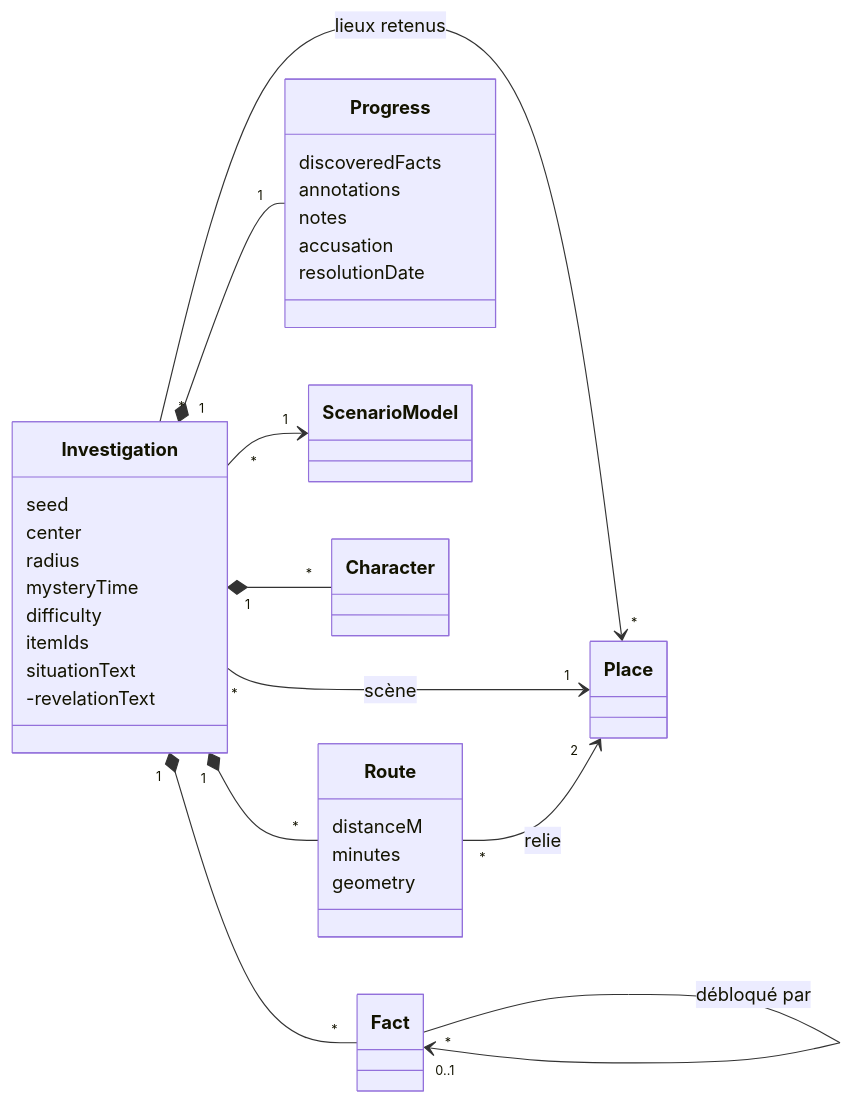
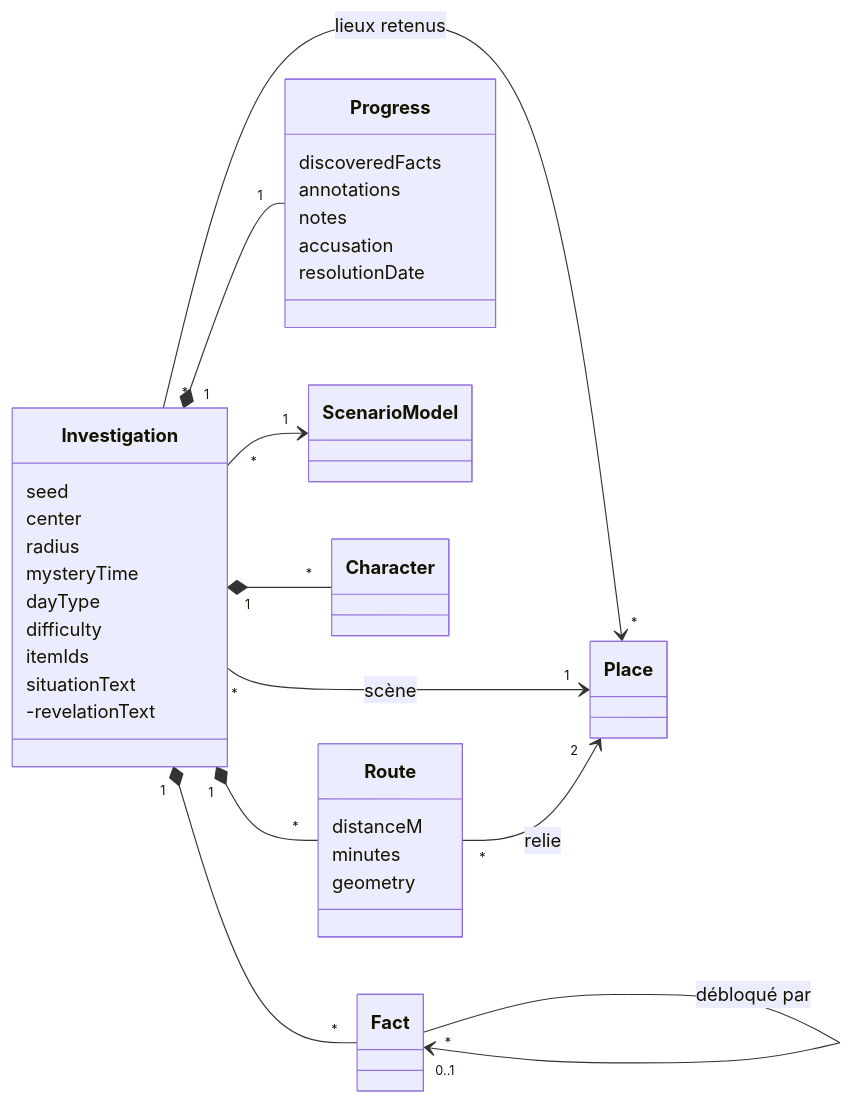
One commit to akartikus/pistouil changed the fourth of 4 diagrams in docs/reference/DATA-MODEL.md. Above: the diagram before and after it, drawn with Mermaid. The commit also changed other lines of this file and 3 other files, not shown here.

````diff
--- a/docs/reference/DATA-MODEL.md
+++ b/docs/reference/DATA-MODEL.md
@@ -180,35 +200,36 @@
 ```mermaid
 classDiagram
   direction LR
   class Investigation {
     seed
     center
     radius
     mysteryTime
+    dayType
     difficulty
     itemIds
     situationText
     -revelationText
   }
   class Route {
     distanceM
     minutes
     geometry
   }
   class Progress {
     discoveredFacts
     annotations
     notes
     accusation
     resolutionDate
   }
   Investigation "*" --> "1" ScenarioModel
   Investigation "*" --> "*" Place : lieux retenus
   Investigation "*" --> "1" Place : scène
   Investigation "1" *-- "*" Character
   Investigation "1" *-- "*" Fact
   Investigation "1" *-- "*" Route
   Investigation "1" *-- "1" Progress
   Route "*" --> "2" Place : relie
   Fact "*" --> "0..1" Fact : débloqué par
 ```
````
